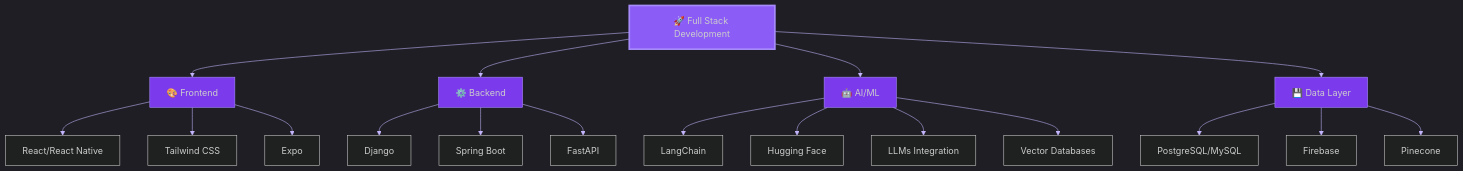
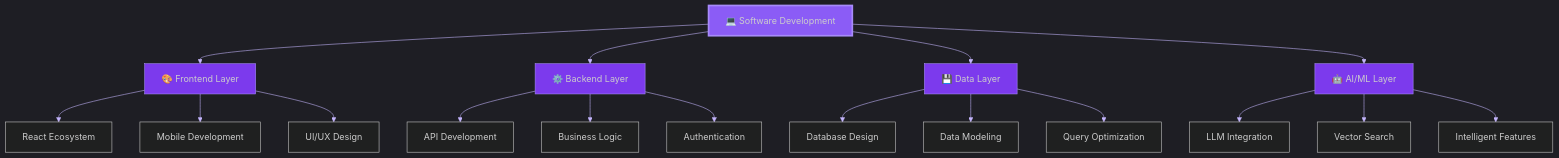
Before and after one commit to LeanKurtEscano/LeanKurtEscano: the diagram in README.md, drawn with Mermaid. The commit also changed other lines of this file, not shown here.

````diff
--- a/README.md
+++ b/README.md
@@ -145,31 +111,30 @@
 ```mermaid
 %%{init: {'theme':'dark', 'themeVariables': { 'primaryColor':'#8B5CF6', 'primaryTextColor':'#fff', 'primaryBorderColor':'#A78BFA', 'lineColor':'#C4B5FD', 'secondaryColor':'#7C3AED', 'tertiaryColor':'#6D28D9'}}}%%
 graph TB
-    A[🚀 Full Stack Development] --> B[🎨 Frontend]
-    A --> C[⚙️ Backend]
-    A --> D[🤖 AI/ML]
-    A --> E[💾 Data Layer]
+    A[💻 Software Development] --> B[🎨 Frontend Layer]
+    A --> C[⚙️ Backend Layer]
+    A --> D[💾 Data Layer]
+    A --> E[🤖 AI/ML Layer]
     
-    B --> B1[React/React Native]
-    B --> B2[Tailwind CSS]
-    B --> B3[Expo]
+    B --> B1[React Ecosystem]
+    B --> B2[Mobile Development]
+    B --> B3[UI/UX Design]
     
-    C --> C1[Django]
-    C --> C2[Spring Boot]
-    C --> C3[FastAPI]
+    C --> C1[API Development]
+    C --> C2[Business Logic]
+    C --> C3[Authentication]
     
-    D --> D1[LangChain]
-    D --> D2[Hugging Face]
-    D --> D3[LLMs Integration]
-    D --> D4[Vector Databases]
+    D --> D1[Database Design]
+    D --> D2[Data Modeling]
+    D --> D3[Query Optimization]
     
-    E --> E1[PostgreSQL/MySQL]
-    E --> E2[Firebase]
-    E --> E3[Pinecone]
+    E --> E1[LLM Integration]
+    E --> E2[Vector Search]
+    E --> E3[Intelligent Features]
     
     style A fill:#8B5CF6,stroke:#A78BFA,stroke-width:3px
     style B fill:#7C3AED,stroke:#A78BFA
     style C fill:#7C3AED,stroke:#A78BFA
     style D fill:#7C3AED,stroke:#A78BFA
     style E fill:#7C3AED,stroke:#A78BFA
 ```
````
